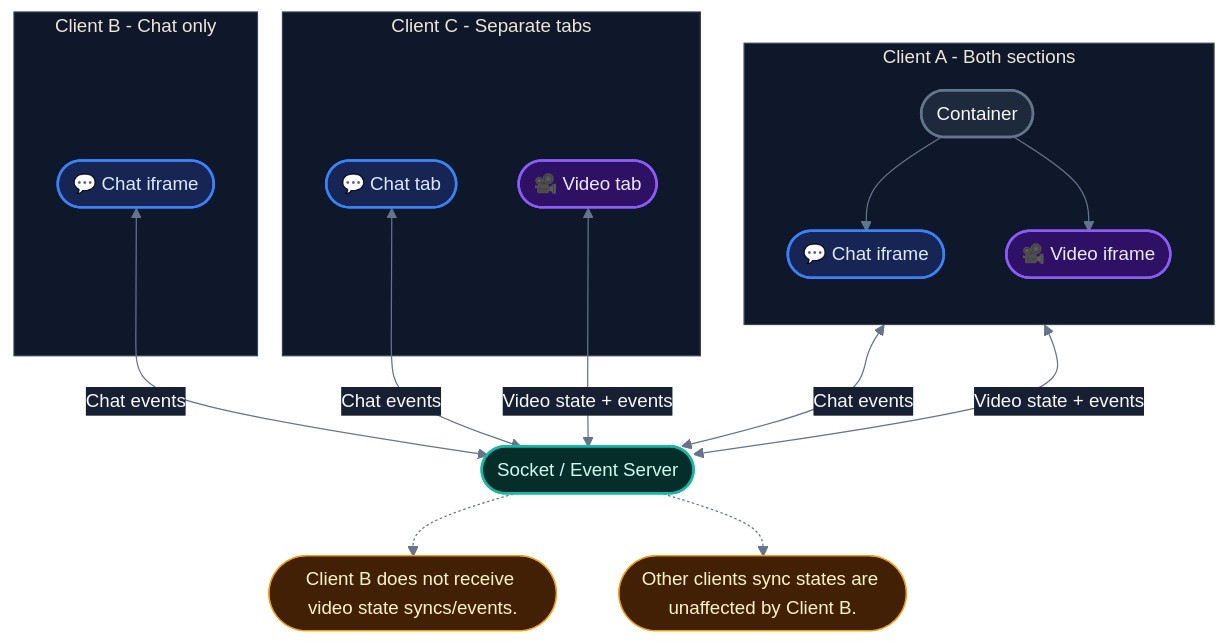
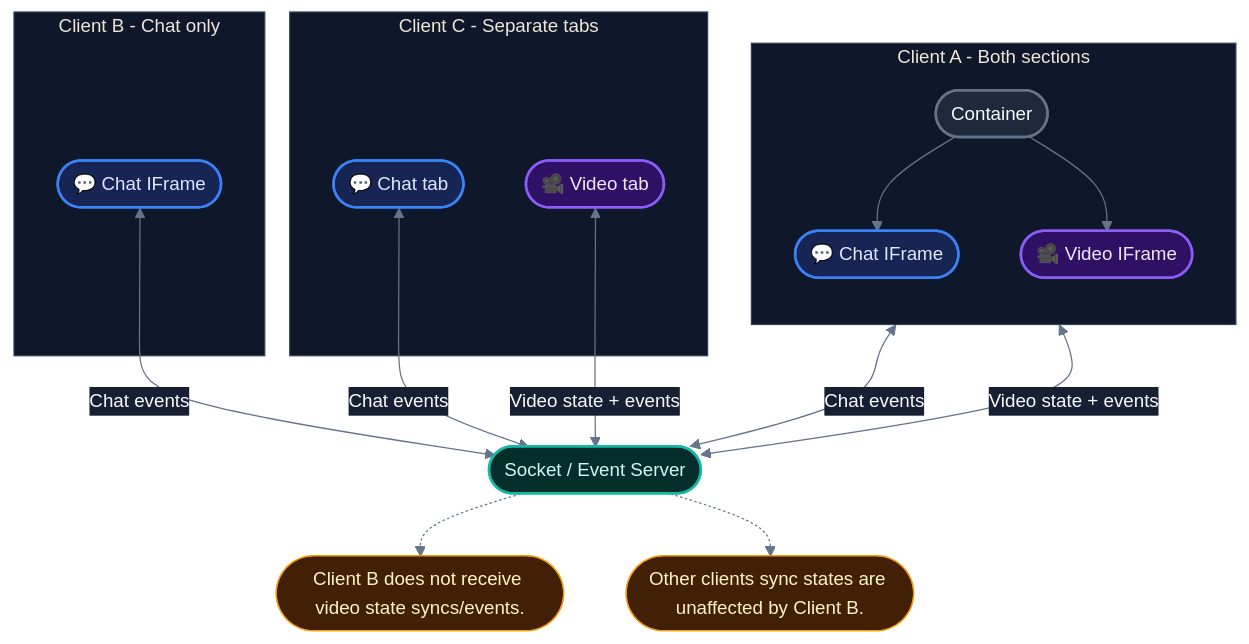
One commit to amirgame197/WatChat-Docs changed the diagram in docs/guides/sections-correlation.md. Above: the diagram before and after it, drawn with Mermaid. The commit also changed other lines of this file and 3 other files, not shown here.

````diff
--- a/docs/guides/sections-correlation.md
+++ b/docs/guides/sections-correlation.md
@@ -8,68 +8,68 @@
 ```mermaid
 %%{init: {
   "theme": "base",
   "themeVariables": {
     "fontFamily": "Inter, sans-serif",
     "fontSize": "15px",
     "primaryColor": "#1e293b",
     "primaryTextColor": "#f8fafc",
     "primaryBorderColor": "#475569",
     "lineColor": "#64748b",
     "secondaryColor": "#172033",
     "tertiaryColor": "#111827",
     "clusterBkg": "#0f172a",
     "clusterBorder": "#334155"
   }
 }}%%
 
 flowchart TD
 
     subgraph Client_A["Client A - Both sections"]
         direction TB
 
         Container_A(["Container"])
 
-        Chat_A(["💬 Chat iframe"])
-        Video_A(["🎥 Video iframe"])
+        Chat_A(["💬 Chat IFrame"])
+        Video_A(["🎥 Video IFrame"])
 
         Container_A --> Chat_A
         Container_A --> Video_A
     end
 
     subgraph Client_B["Client B - Chat only"]
-        Chat_B(["💬 Chat iframe"])
+        Chat_B(["💬 Chat IFrame"])
     end
 
     subgraph Client_C["Client C - Separate tabs"]
         Chat_C(["💬 Chat tab"])
         Video_C(["🎥 Video tab"])
     end
 
     Server(["Socket / Event Server"])
 
     Chat_A <-->|"Chat events"| Server
     Video_A <-->|"Video state + events"| Server
 
     Chat_B <-->|"Chat events"| Server
 
     Chat_C <-->|"Chat events"| Server
     Video_C <-->|"Video state + events"| Server
 
     Note1(["Client B does not receive video state syncs/events."])
     Note2(["Other clients sync states are unaffected by Client B."])
 
     Server -.-> Note1
     Server -.-> Note2
 
     classDef chat fill:#172554,stroke:#3b82f6,color:#dbeafe,stroke-width:2px
     classDef video fill:#2e1065,stroke:#8b5cf6,color:#ede9fe,stroke-width:2px
     classDef server fill:#052e2b,stroke:#14b8a6,color:#ccfbf1,stroke-width:2px
     classDef container fill:#1e293b,stroke:#64748b,color:#f8fafc,stroke-width:2px
     classDef note fill:#422006,stroke:#f59e0b,color:#fef3c7,stroke-width:1px
 
     class Chat_A,Chat_B,Chat_C chat
     class Video_A,Video_C video
     class Server server
     class Container_A container
     class Note1,Note2 note
 ```
````
